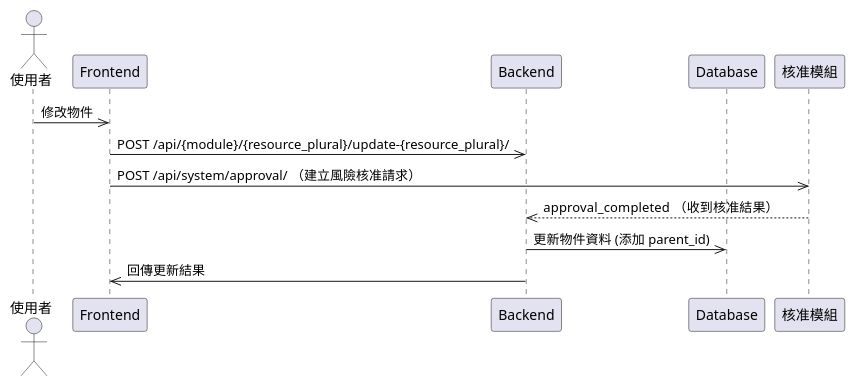
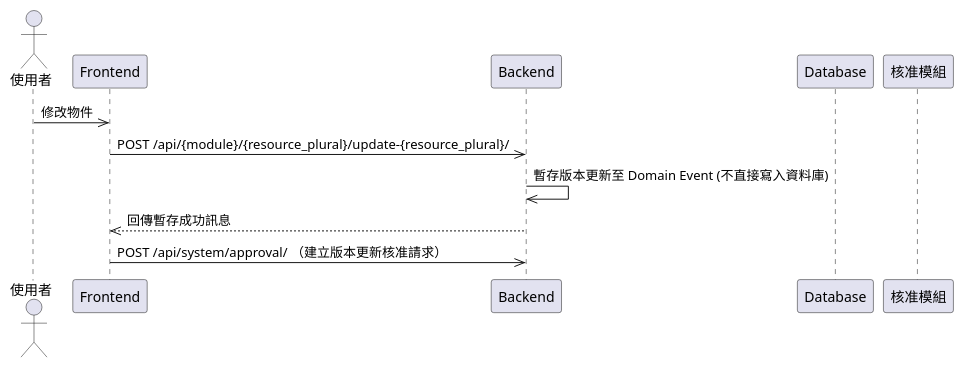
Before and after one commit to walle45611/NTUB_SecuManag_Diagram: the diagram in plantUML/sequence/verison_create.puml, drawn with PlantUML. The commit also changed 6 other files, not shown here.

Commit message:
feat: 更新流程圖，將核准請求暫存至 Domain Event 以改善資料處理流程

```diff
--- a/plantUML/sequence/verison_create.puml
+++ b/plantUML/sequence/verison_create.puml
@@ -1,14 +1,13 @@
 @startuml
 actor User as "使用者"
 participant Frontend
 participant Backend
 participant Database
 participant Approval as "核准模組"
 
 User->>Frontend: 修改物件
 Frontend->>Backend: POST /api/{module}/{resource_plural}/update-{resource_plural}/
-Frontend ->> Approval: POST /api/system/approval/ （建立風險核准請求）
-Approval -->> Backend: approval_completed  （收到核准結果）
-Backend->>Database: 更新物件資料 (添加 parent_id)
-Backend->>Frontend: 回傳更新結果
+Backend->>Backend: 暫存版本更新至 Domain Event (不直接寫入資料庫)
+Backend-->>Frontend: 回傳暫存成功訊息
+Frontend ->> Backend: POST /api/system/approval/ （建立版本更新核准請求）
 @enduml
```
